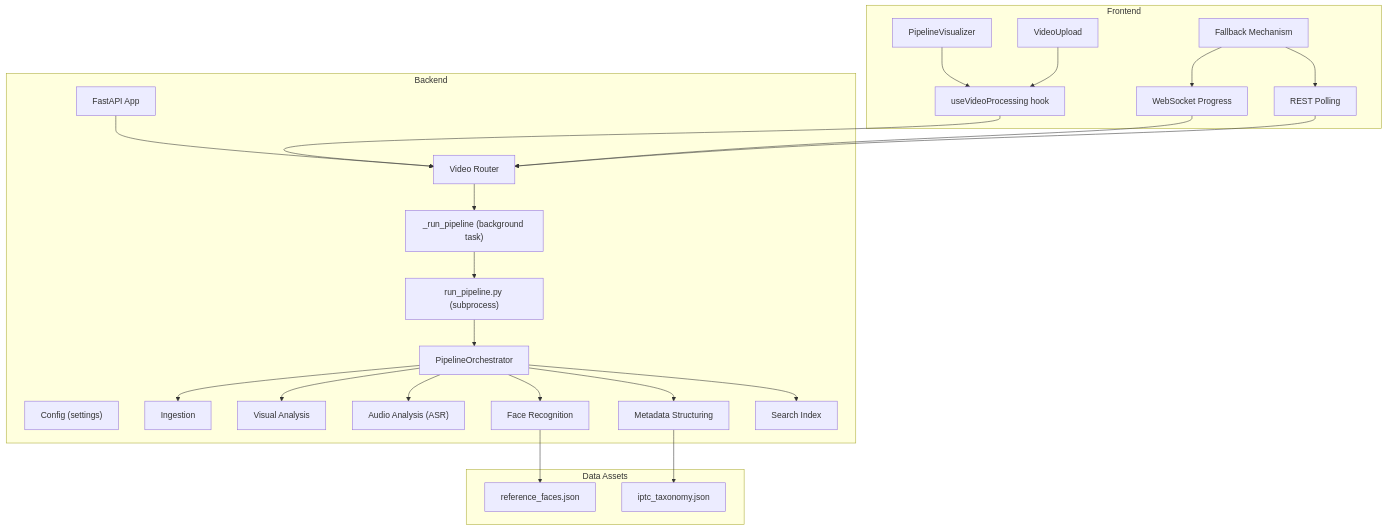
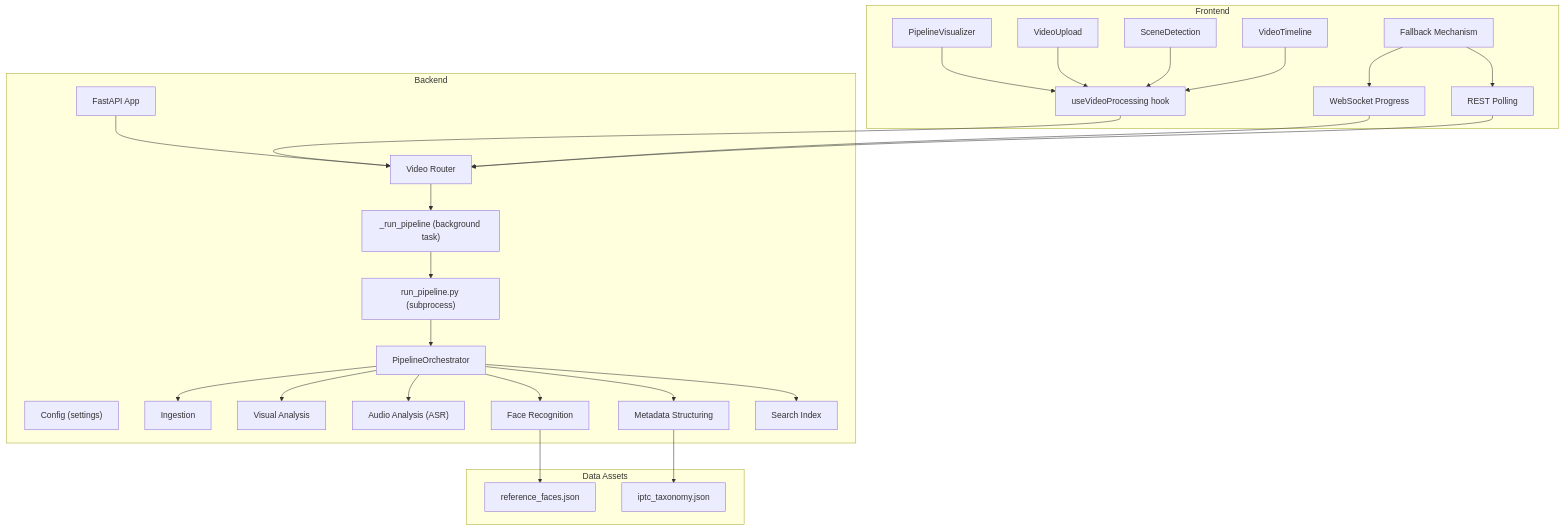
The first of 5 diagrams in .qoder/repowiki/en/content/Media Processing Pipeline/Media Processing Pipeline.md (alexandreybasta-cyber/dubai-media-ai), drawn with Mermaid before and after one commit. The commit also changed other lines of this file and 55 other files, not shown here.

````diff
--- a/.qoder/repowiki/en/content/Media Processing Pipeline/Media Processing Pipeline.md
+++ b/.qoder/repowiki/en/content/Media Processing Pipeline/Media Processing Pipeline.md
@@ -53,48 +58,52 @@
 ```mermaid
 graph TB
 subgraph "Backend"
 CFG["Config (settings)"]
 ORCH["PipelineOrchestrator"]
 ST1["Ingestion"]
 ST2["Visual Analysis"]
 ST3["Audio Analysis (ASR)"]
 ST4["Face Recognition"]
 ST5["Metadata Structuring"]
 ST6["Search Index"]
 ROUTER["Video Router"]
 MAIN["FastAPI App"]
 RUNPIPE["run_pipeline.py (subprocess)"]
 ENDTASK["_run_pipeline (background task)"]
 end
 subgraph "Data Assets"
 REF["reference_faces.json"]
 IPTC["iptc_taxonomy.json"]
 end
 subgraph "Frontend"
 HOOK["useVideoProcessing hook"]
 VIS["PipelineVisualizer"]
 UP["VideoUpload"]
+SCENEDET["SceneDetection"]
+TIMELINE["VideoTimeline"]
 WS["WebSocket Progress"]
 POLL["REST Polling"]
 FB["Fallback Mechanism"]
 end
 MAIN --> ROUTER
 ROUTER --> ENDTASK
 ENDTASK --> RUNPIPE
 RUNPIPE --> ORCH
 ORCH --> ST1
 ORCH --> ST2
 ORCH --> ST3
 ORCH --> ST4
 ORCH --> ST5
 ORCH --> ST6
 ST4 --> REF
 ST5 --> IPTC
 HOOK --> ROUTER
 VIS --> HOOK
 UP --> HOOK
+SCENEDET --> HOOK
+TIMELINE --> HOOK
 WS --> ROUTER
 POLL --> ROUTER
 FB --> WS
 FB --> POLL
 ```
````
